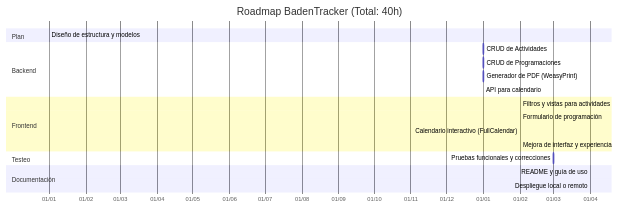
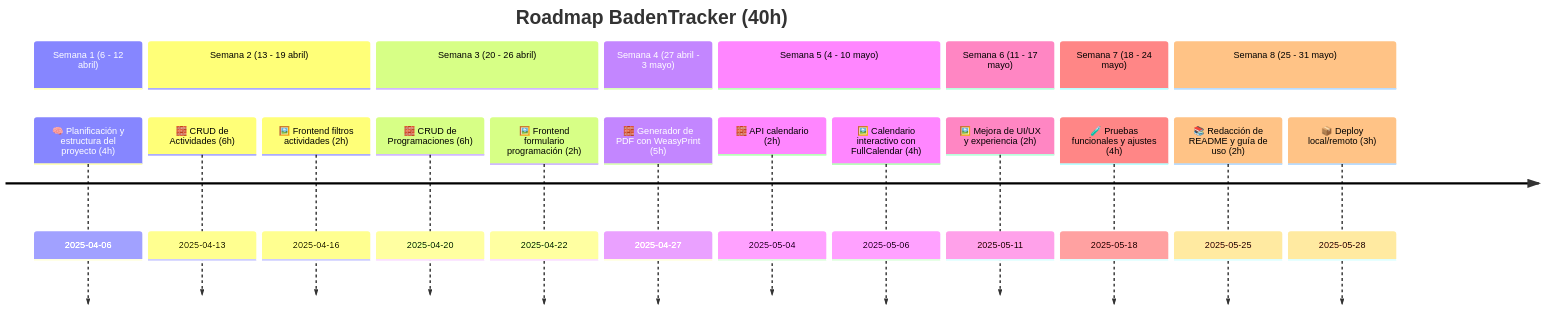
One commit to Covija97/BadenTracker changed the diagram in .info/roadmap.md. Above: the diagram before and after it, drawn with Mermaid.

Commit message:
Refactor roadmap.md to update timeline format and improve task organization

````diff
--- a/.info/roadmap.md
+++ b/.info/roadmap.md
@@ -3,30 +3,33 @@
 ```mermaid
-gantt
-    title Roadmap BadenTracker (Total: 40h)
-    dateFormat  YYYY-MM-DD
-    axisFormat  %d/%m
+timeline
+    title Roadmap BadenTracker (40h)
+    
+    section Semana 1 (6 - 12 abril)
+    🧠 Planificación y estructura del proyecto (4h): 2025-04-06
 
-    section Plan
-    Diseño de estructura y modelos         :done, plan1, 0, 4h
+    section Semana 2 (13 - 19 abril)
+    🧱 CRUD de Actividades (6h): 2025-04-13
+    🖼️ Frontend filtros actividades (2h): 2025-04-16
 
-    section Backend
-    CRUD de Actividades                    :active, back1, 1, 6h
-    CRUD de Programaciones                 :back2, 1, 6h
-    Generador de PDF (WeasyPrint)         :back3, 1, 5h
-    API para calendario                    :back4, 1, 2h
+    section Semana 3 (20 - 26 abril)
+    🧱 CRUD de Programaciones (6h): 2025-04-20
+    🖼️ Frontend formulario programación (2h): 2025-04-22
 
-    section Frontend
-    Filtros y vistas para actividades      :front1, 2, 2h
-    Formulario de programación             :front2, 2, 2h
-    Calendario interactivo (FullCalendar) :front3, 2, 4h
-    Mejora de interfaz y experiencia       :front4, 2, 2h
+    section Semana 4 (27 abril - 3 mayo)
+    🧱 Generador de PDF con WeasyPrint (5h): 2025-04-27
 
-    section Testeo
-    Pruebas funcionales y correcciones     :test1, 3, 4h
+    section Semana 5 (4 - 10 mayo)
+    🧱 API calendario (2h): 2025-05-04
+    🖼️ Calendario interactivo con FullCalendar (4h): 2025-05-06
 
-    section Documentación
-    README y guía de uso                   :doc1, 4, 2h
-    Despliegue local o remoto              :doc2, 4, 3h
+    section Semana 6 (11 - 17 mayo)
+    🖼️ Mejora de UI/UX y experiencia (2h): 2025-05-11
 
+    section Semana 7 (18 - 24 mayo)
+    🧪 Pruebas funcionales y ajustes (4h): 2025-05-18
+
+    section Semana 8 (25 - 31 mayo)
+    📚 Redacción de README y guía de uso (2h): 2025-05-25
+    📦 Deploy local/remoto (3h): 2025-05-28
 
 ```
````
